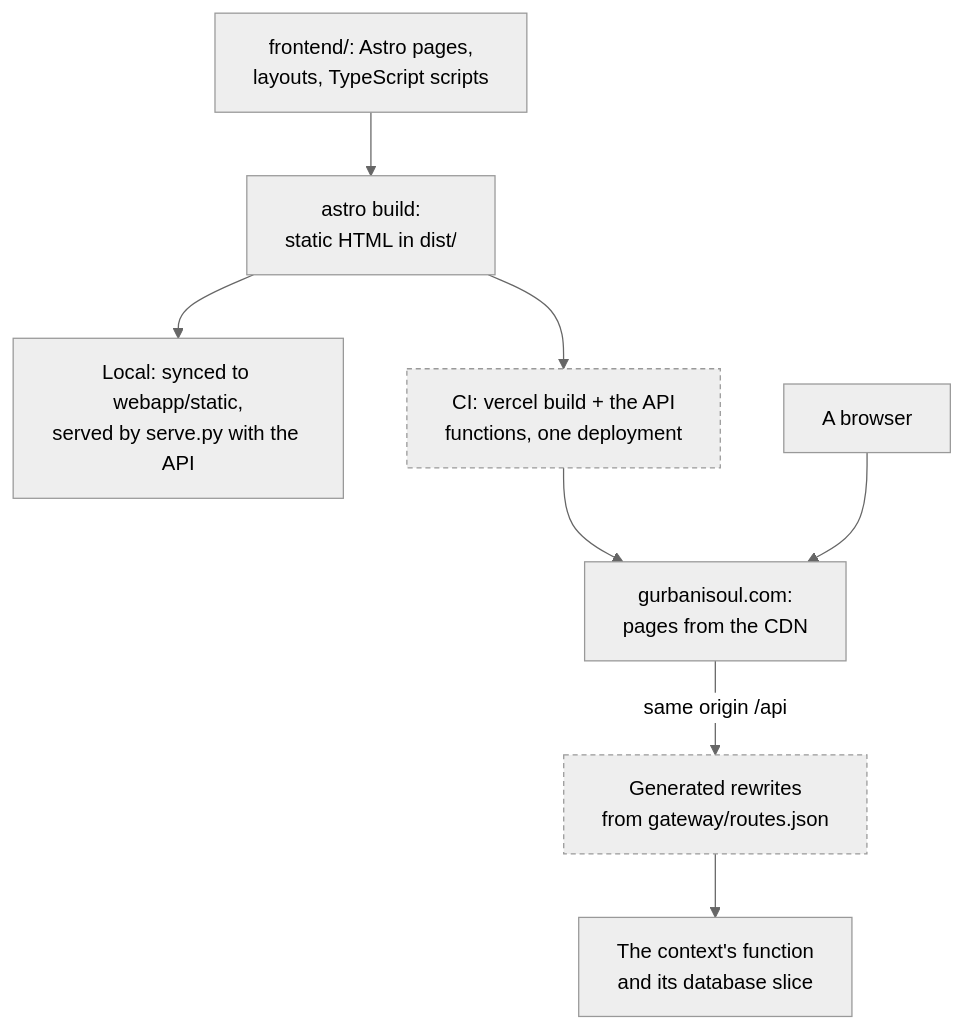
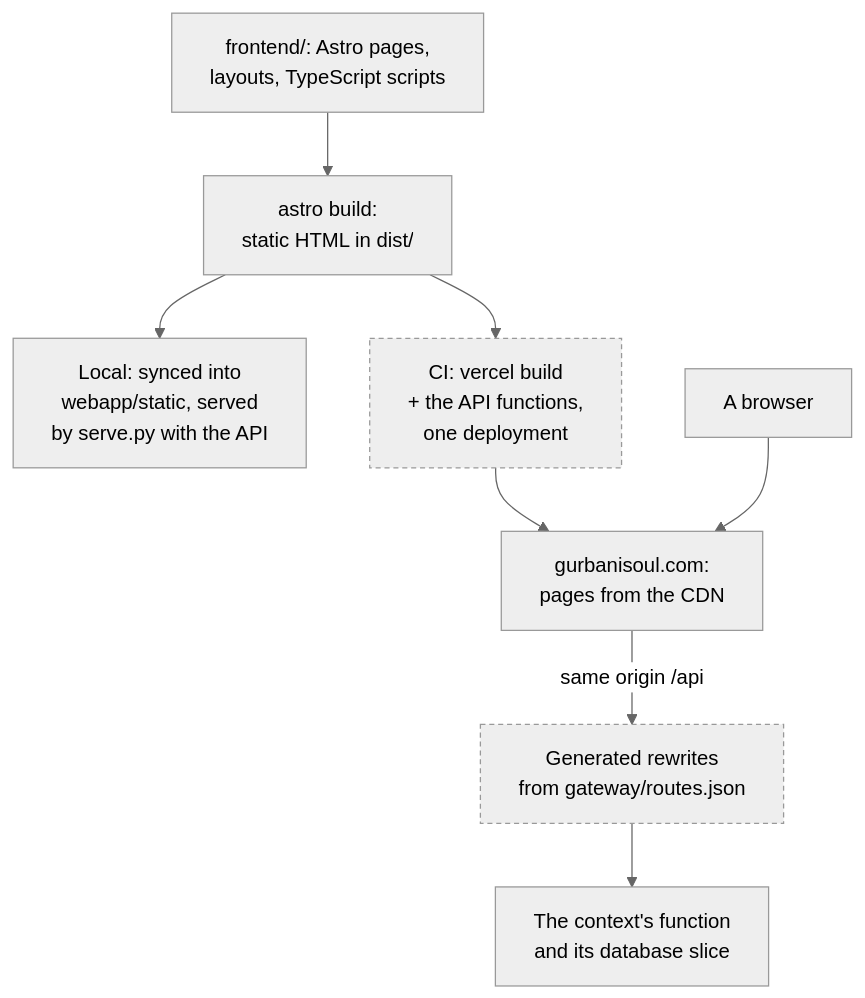
One commit to Algorythmos-AI/sggs-platform changed the diagram in docs/architecture/website.md. Above: the diagram before and after it, drawn with Mermaid (neutral theme). The commit also changed 2 other files, not shown here.

Commit message:
docs(wiki): diagram labels broken to fit their boxes

````diff
--- a/docs/architecture/website.md
+++ b/docs/architecture/website.md
@@ -19,14 +19,14 @@
 ```mermaid
 flowchart TB
     accTitle: The website is built once and served with the API from one Vercel deployment
     accDescr: Astro builds frontend/ into static pages. For local work the build is synced into webapp/static and served by serve.py together with the API. For staging and production, the deploy workflow generates the API functions, builds with Vercel and deploys one deployment holding the static pages and the functions. A browser loads pages from gurbanisoul.com; each page's scripts call /api on the same origin, and generated rewrites send each path to its context's function, which reads its database slice.
     src[frontend/: Astro pages,<br/>layouts, TypeScript scripts] --> build[astro build:<br/>static HTML in dist/]
-    build --> sync[Local: synced to webapp/static,<br/>served by serve.py with the API]
-    build --> dep[CI: vercel build + the API<br/>functions, one deployment]
+    build --> sync[Local: synced into<br/>webapp/static, served<br/>by serve.py with the API]
+    build --> dep[CI: vercel build<br/>+ the API functions,<br/>one deployment]
     dep --> site[gurbanisoul.com:<br/>pages from the CDN]
     user[A browser] --> site
     site -->|same origin /api| rw[Generated rewrites<br/>from gateway/routes.json]
     rw --> fn[The context's function<br/>and its database slice]
     class dep,rw ci
     classDef ci stroke-dasharray: 4 3
 ```
````
